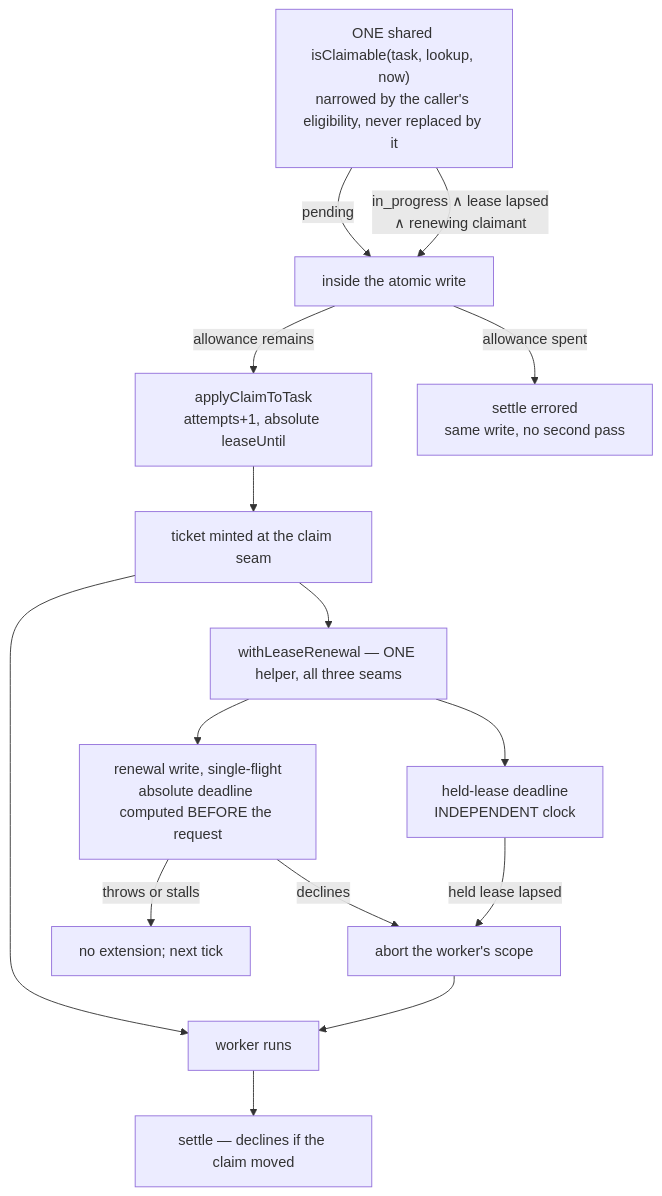
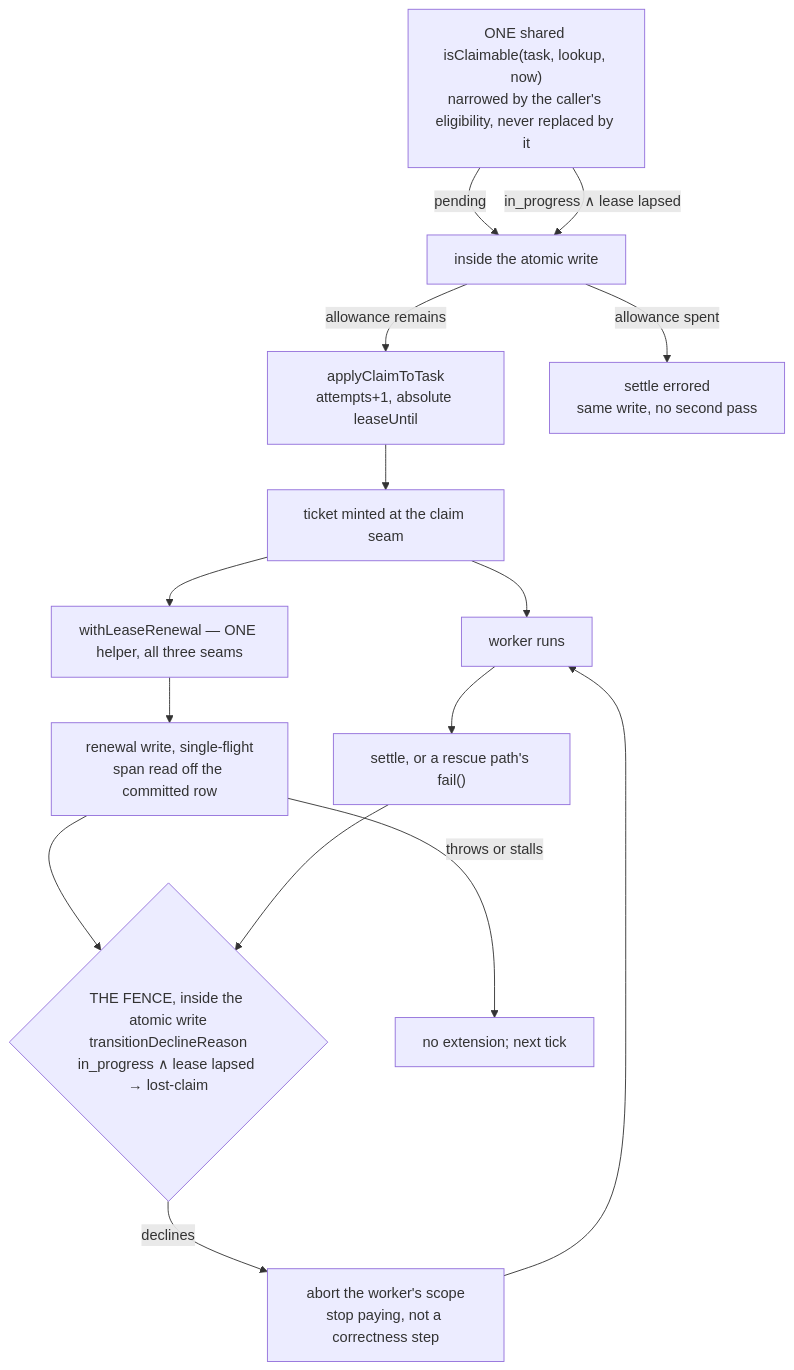
One commit to fixpoint-labs/flow-state-dev changed the diagram in spec/FIX-1005.md. Above: the diagram before and after it, drawn with Mermaid. The commit also changed other lines of this file, not shown here.

````diff
--- a/spec/FIX-1005.md
+++ b/spec/FIX-1005.md
@@ -284,18 +337,19 @@
 ```mermaid
 flowchart TD
   C["ONE shared isClaimable(task, lookup, now)<br/>narrowed by the caller's eligibility, never replaced by it"]
   C -->|"pending"| W2["inside the atomic write"]
-  C -->|"in_progress ∧ lease lapsed<br/>∧ renewing claimant"| W2
+  C -->|"in_progress ∧ lease lapsed"| W2
   W2 -->|"allowance remains"| K["applyClaimToTask<br/>attempts+1, absolute leaseUntil"]
   W2 -->|"allowance spent"| X["settle errored<br/>same write, no second pass"]
   K --> T["ticket minted at the claim seam"]
   T --> W["worker runs"]
   T --> D["withLeaseRenewal — ONE helper, all three seams"]
-  D --> R["renewal write, single-flight<br/>absolute deadline computed BEFORE the request"]
-  D --> L["held-lease deadline<br/>INDEPENDENT clock"]
-  R -->|"declines"| A["abort the worker's scope"]
+  F{"THE FENCE, inside the atomic write<br/>transitionDeclineReason<br/>in_progress ∧ lease lapsed → lost-claim"}
+  D --> R["renewal write, single-flight<br/>span read off the committed row"]
   R -->|"throws or stalls"| N["no extension; next tick"]
-  L -->|"held lease lapsed"| A
+  R --> F
+  W --> S["settle, or a rescue path's fail()"]
+  S --> F
+  F -->|"declines"| A["abort the worker's scope<br/>stop paying, not a correctness step"]
   A --> W
-  W --> S["settle — declines if the claim moved"]
 ```
````
